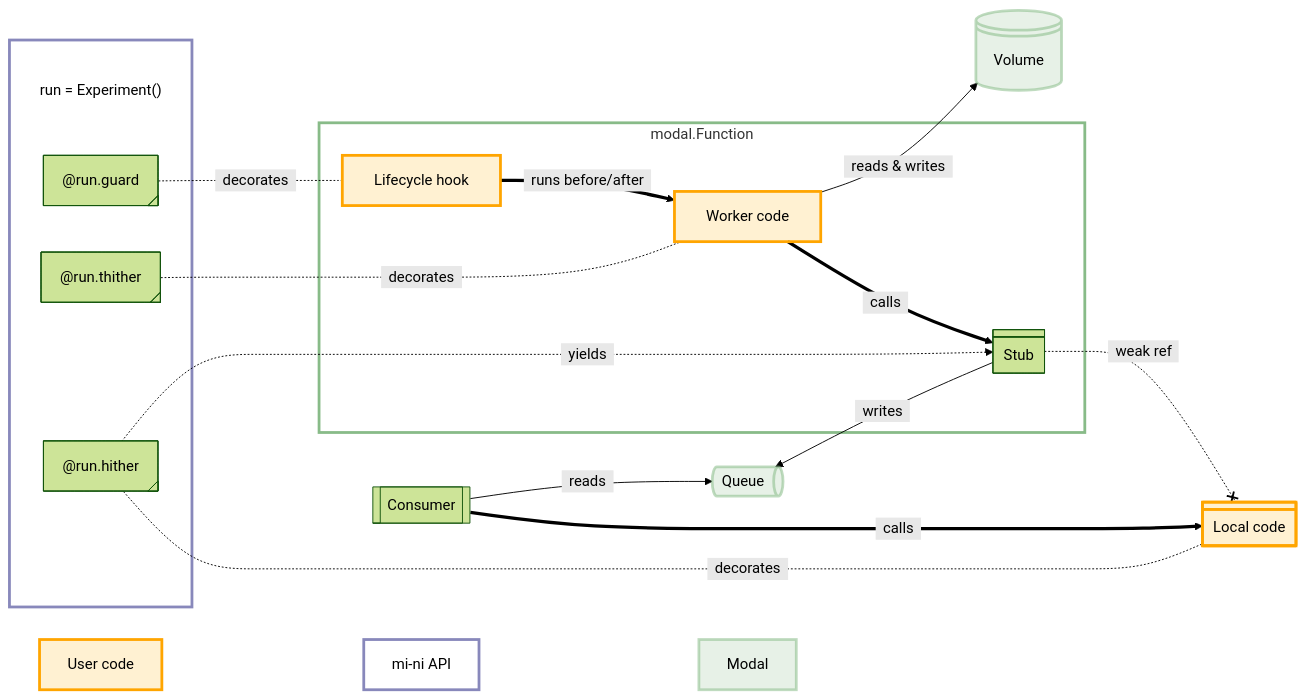
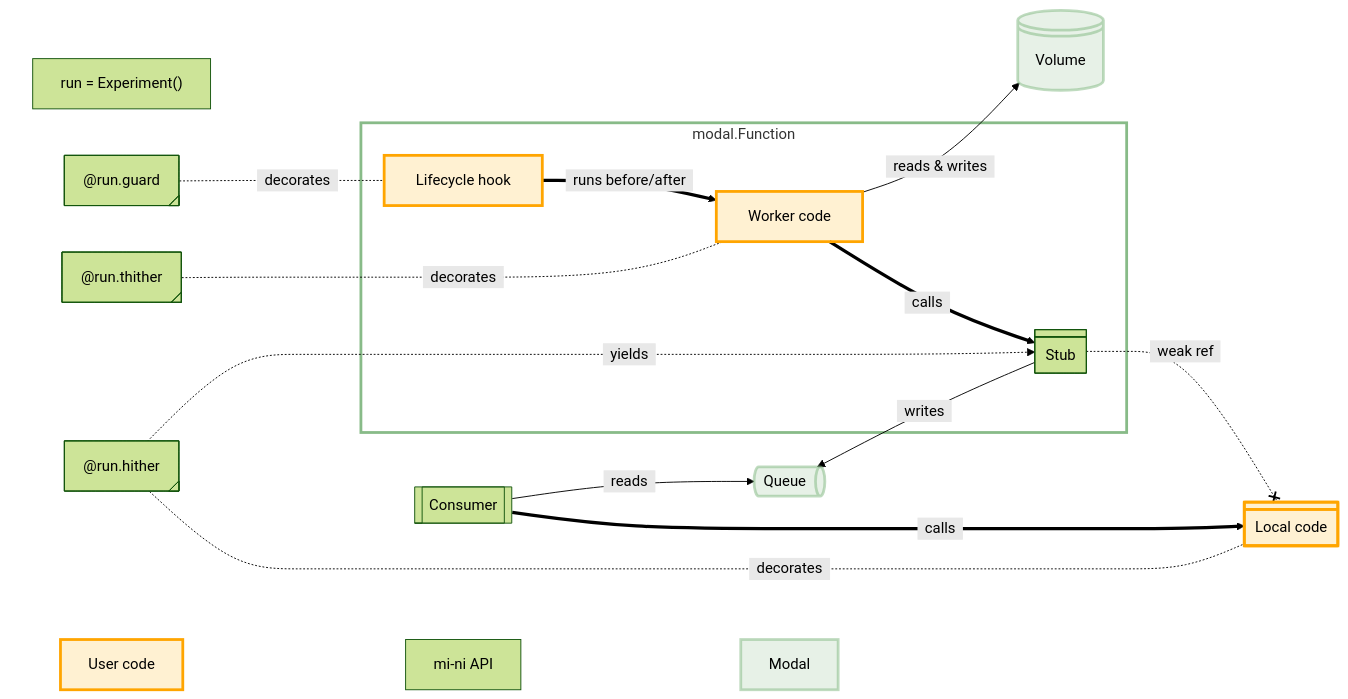
Before and after one commit to z0u/mi-ni: the second of 5 diagrams in doc/hither-thither.md, drawn with Mermaid (forest theme).

Commit message:
added a high-level diagram that is easier to understand

````diff
--- a/doc/hither-thither.md
+++ b/doc/hither-thither.md
@@ -40,51 +40,51 @@
 ```mermaid
 graph LR
     V:::modal@{ shape: disk, label: " Volume " }
     Q:::modal@{ shape: das, label: " Queue " }
 
     classDef user stroke:orange,fill:#fb23,stroke-width:3px;
     classDef modal stroke:#8b88,fill:#8b83,stroke-width:3px;
     classDef modalbox stroke:#8b8,stroke-width:3px,fill:none;
-    classDef minibox stroke:#88b,stroke-width:3px,fill:none;
+    classDef minibox stroke:none,fill:none;
 
     subgraph EG [ ]
-        app@{ shape: text, label: "run = Experiment()"}
+        app@{ shape: rect, label: "run = Experiment()"}
         guards@{ shape: tag-rect, label: "@run.guard"}
         thither@{ shape: tag-rect, label: "@run.thither"}
         hither@{ shape: tag-rect, label: "@run.hither"}
     end
     EG:::minibox
 
     cons@{ shape: subproc, label: "Consumer" }
 
     subgraph Fn [modal.Function]
         guard_cb:::user@{ shape: rect, label: " Lifecycle hook " }
         rem:::user@{ shape: rect, label: " Worker code " }
         stubs@{ shape: div-rect, label: " Stub " }
     end
     Fn:::modalbox
 
     loc:::user@{ shape: div-rect, label: " Local code " }
 
     rem -->|"&nbsp; reads & writes &nbsp;"| V
 
     guards -.-|"&nbsp; decorates &nbsp;"| guard_cb
     guard_cb ==>|"&nbsp; runs before/after &nbsp;"| rem
     thither -.-|"&nbsp; decorates &nbsp;"| rem
     rem ==>|"&nbsp; calls &nbsp;"| stubs
     stubs -->|"&nbsp; writes &nbsp;"| Q
     stubs -.-x|"&nbsp; weak ref &nbsp;"| loc
 
     hither -.->|"&nbsp; yields &nbsp;"| stubs
     hither -.-|"&nbsp; decorates &nbsp;"| loc
 
     cons -->|"&nbsp; reads &nbsp;"| Q
     cons ==>|"&nbsp; calls &nbsp;"| loc
 
     Q ~~~ stubs
 
-    _mini:::minibox@{ shape: rect, label: "mi-ni API" }
+    _mini@{ shape: rect, label: "mi-ni API" }
     _modal:::modal@{ shape: rect, label: "Modal" }
     _user:::user@{ shape: rect, label: "User code" }
     _user ~~~ _mini ~~~ _modal
 ```
````
